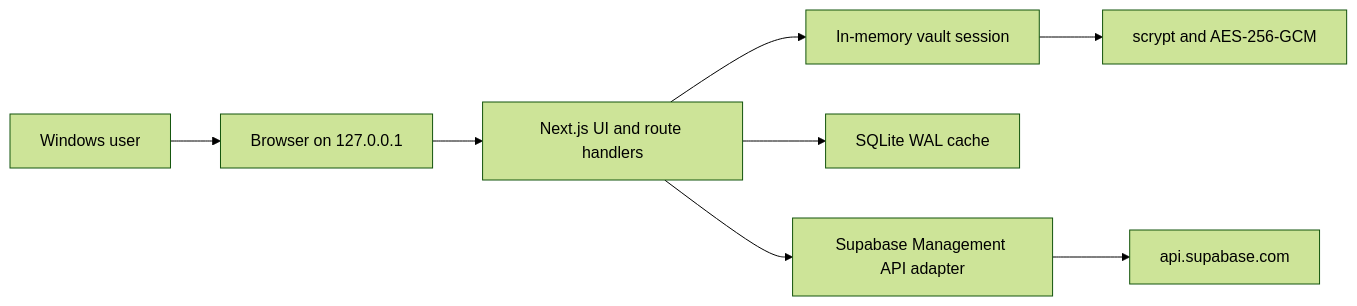
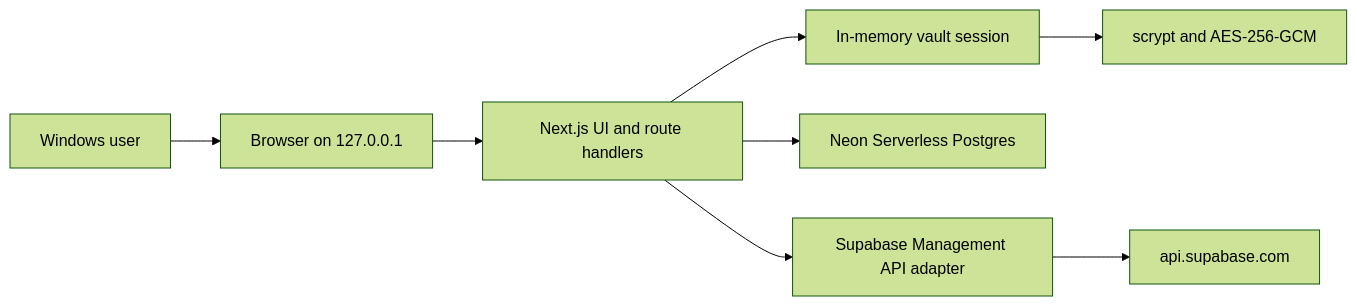
One commit to krishna0605/supabase-harbor changed the diagram in README.md. Above: the diagram before and after it, drawn with Mermaid (forest theme). The commit also changed other lines of this file and 11 other files, not shown here.

````diff
--- a/README.md
+++ b/README.md
@@ -38,19 +41,19 @@
 ```mermaid
 flowchart LR
     User["Windows user"]
     Browser["Browser on 127.0.0.1"]
     Next["Next.js UI and route handlers"]
     Session["In-memory vault session"]
     Crypto["scrypt and AES-256-GCM"]
-    SQLite["SQLite WAL cache"]
+    Neon["Neon Serverless Postgres"]
     Adapter["Supabase Management API adapter"]
     Supabase["api.supabase.com"]
 
     User --> Browser
     Browser --> Next
     Next --> Session
     Session --> Crypto
-    Next --> SQLite
+    Next --> Neon
     Next --> Adapter
     Adapter --> Supabase
 ```
````
